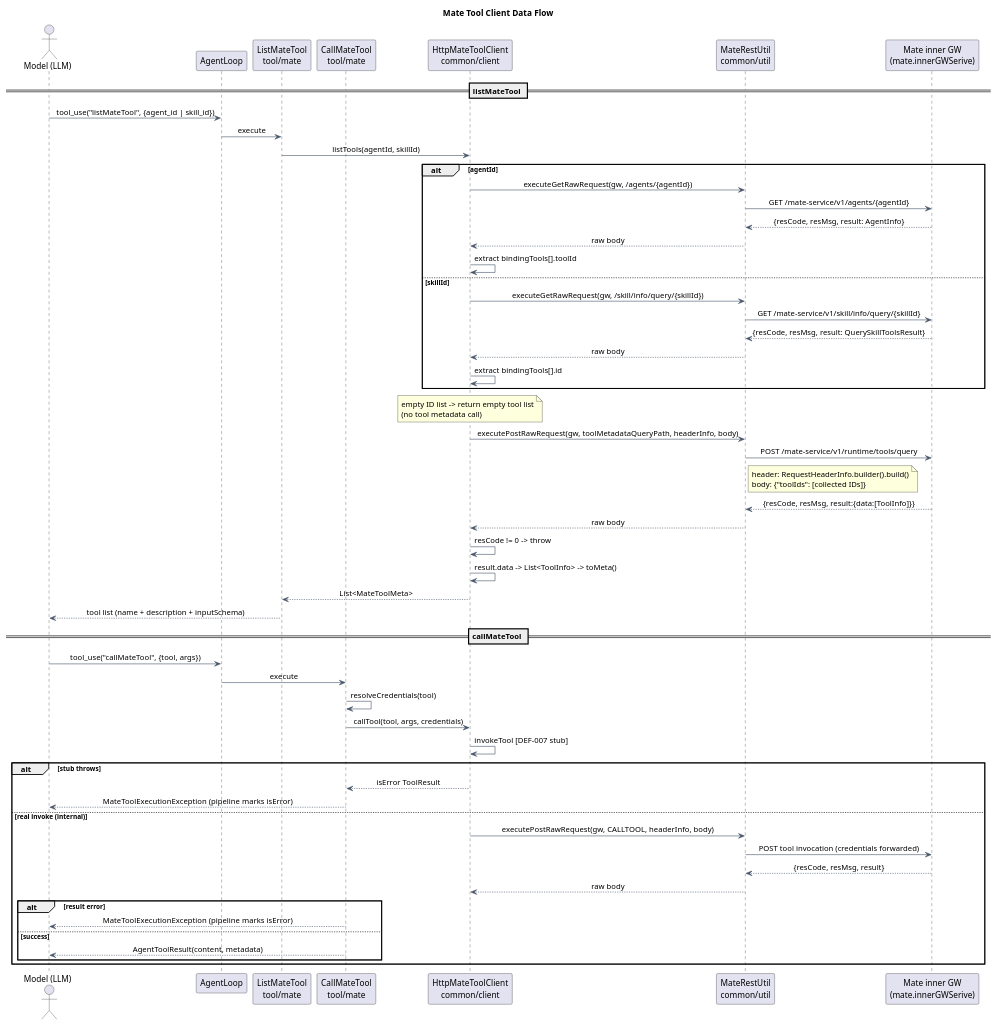
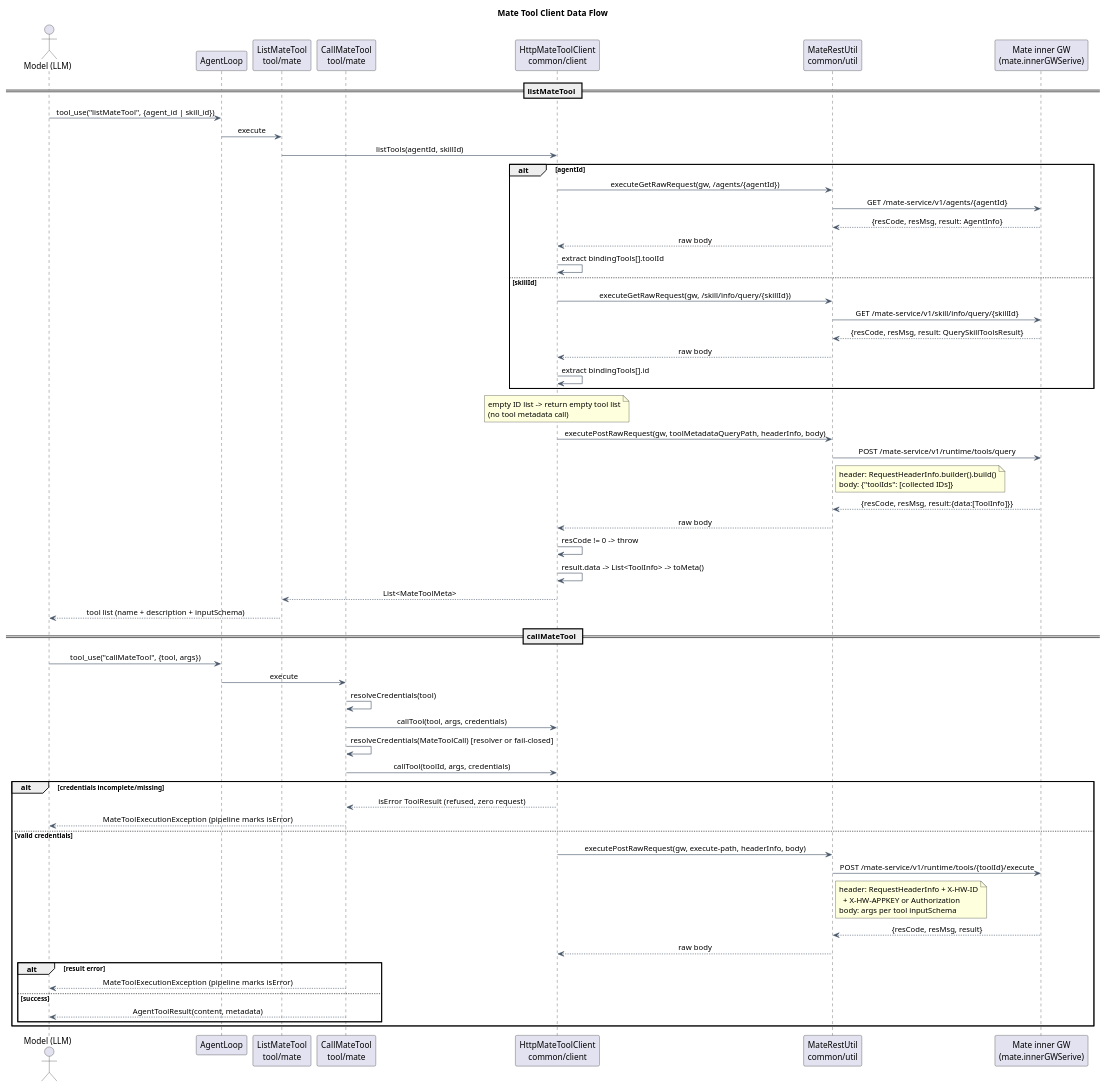
The second of 2 diagrams in docs/designs/mate-tool-client/diagram.puml (2862282695gjh-afk/pi-mono-java), drawn with PlantUML before and after one commit. The commit also changed other lines of this file and 22 other files, not shown here.

First line of the commit message:
fix(mate-tool): toolId 契约统一 + 设计产物全量同步(复审意见)

```diff
--- a/docs/designs/mate-tool-client/diagram.puml
+++ b/docs/designs/mate-tool-client/diagram.puml
@@ -123,92 +133,98 @@
 @startuml mate_tool_client_dataflow
 ' Source evidence:
 ' - modules/coding-agent-cli/src/main/java/com/campusclaw/codingagent/tool/mate/CallMateTool.java:
 '   execute (credential hook, error propagation)
 ' - modules/coding-agent-cli/src/main/java/com/campusclaw/codingagent/tool/mate/ListMateTool.java:
 '   execute (agent/skill passthrough, response formatting)
 ' - modules/coding-agent-cli/src/main/java/com/campusclaw/codingagent/common/client/HttpMateToolClient.java:
 '   listTools (two-step: agent/skill metadata GET -> binding tool IDs,
-'   then tool metadata POST), callTool (stub invoke)
+'   then tool metadata POST), callTool (execute RPC)
 ' - modules/coding-agent-cli/src/main/java/com/campusclaw/codingagent/common/util/MateRestUtil.java:
 '   executePostRawRequest, resCode/resMsg/result envelope
 ' Source baseline: superheromeZzh/pi-mono-java commit 1e9d4ee2e14717764f8403c20375c55512cbd97b
 ' Observed behavior: listMateTool resolves bound tool IDs from agent/skill
 ' metadata (GET), then POSTs the tool metadata endpoint credential-free;
 ' callMateTool forwards the call with
 ' resolveCredentials() output; errors become exceptions so the pipeline marks
 ' isError=true.
 ' Architecture change: all three outbound paths are injected from application
 ' configuration rather than hidden in static Java constants.
 ' Design reason: stateless tools with per-call credential resolution avoid
 ' cross-session leakage on the process-wide singleton client.
 
 skinparam backgroundColor white
 skinparam shadowing false
 skinparam ArrowColor #475569
 skinparam SequenceMessageAlignment center
 
 title Mate Tool Client Data Flow
 
 actor "Model (LLM)" as llm
 participant "AgentLoop" as loop
 participant "ListMateTool\ntool/mate" as listTool
 participant "CallMateTool\ntool/mate" as callTool
 participant "HttpMateToolClient\ncommon/client" as http
 participant "MateRestUtil\ncommon/util" as rest
 participant "Mate inner GW\n(mate.innerGWSerive)" as gw
 
 == listMateTool ==
 llm -> loop: tool_use("listMateTool", {agent_id | skill_id})
 loop -> listTool: execute
 listTool -> http: listTools(agentId, skillId)
 alt agentId
   http -> rest: executeGetRawRequest(gw, /agents/{agentId})
   rest -> gw: GET /mate-service/v1/agents/{agentId}
   gw --> rest: {resCode, resMsg, result: AgentInfo}
   rest --> http: raw body
   http -> http: extract bindingTools[].toolId
 else skillId
   http -> rest: executeGetRawRequest(gw, /skill/info/query/{skillId})
   rest -> gw: GET /mate-service/v1/skill/info/query/{skillId}
   gw --> rest: {resCode, resMsg, result: QuerySkillToolsResult}
   rest --> http: raw body
   http -> http: extract bindingTools[].id
 end
 note over http
   empty ID list -> return empty tool list
   (no tool metadata call)
 end note
 http -> rest: executePostRawRequest(gw, toolMetadataQueryPath, headerInfo, body)
 rest -> gw: POST /mate-service/v1/runtime/tools/query
 note right of rest
   header: RequestHeaderInfo.builder().build()
   body: {"toolIds": [collected IDs]}
 end note
 gw --> rest: {resCode, resMsg, result:{data:[ToolInfo]}}
 rest --> http: raw body
 http -> http: resCode != 0 -> throw
 http -> http: result.data -> List<ToolInfo> -> toMeta()
 http --> listTool: List<MateToolMeta>
 listTool --> llm: tool list (name + description + inputSchema)
 
 == callMateTool ==
 llm -> loop: tool_use("callMateTool", {tool, args})
 loop -> callTool: execute
 callTool -> callTool: resolveCredentials(tool)
 callTool -> http: callTool(tool, args, credentials)
-http -> http: invokeTool [DEF-007 stub]
-alt stub throws
-  http --> callTool: isError ToolResult
+callTool -> callTool: resolveCredentials(MateToolCall) [resolver or fail-closed]
+callTool -> http: callTool(toolId, args, credentials)
+alt credentials incomplete/missing
+  http --> callTool: isError ToolResult (refused, zero request)
   callTool --> llm: MateToolExecutionException (pipeline marks isError)
-else real invoke (internal)
-  http -> rest: executePostRawRequest(gw, CALLTOOL, headerInfo, body)
-  rest -> gw: POST tool invocation (credentials forwarded)
+else valid credentials
+  http -> rest: executePostRawRequest(gw, execute-path, headerInfo, body)
+  rest -> gw: POST /mate-service/v1/runtime/tools/{toolId}/execute
+  note right of rest
+    header: RequestHeaderInfo + X-HW-ID
+      + X-HW-APPKEY or Authorization
+    body: args per tool inputSchema
+  end note
   gw --> rest: {resCode, resMsg, result}
   rest --> http: raw body
   alt result error
     callTool --> llm: MateToolExecutionException (pipeline marks isError)
   else success
     callTool --> llm: AgentToolResult(content, metadata)
   end
 end
 @enduml
```
